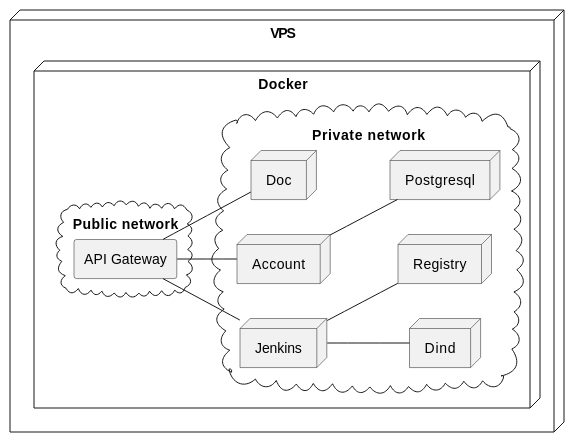
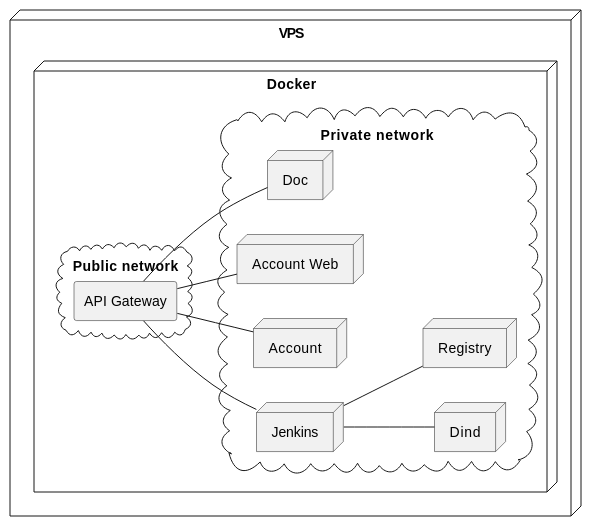
The diagram in doc-service/docs/arch.md (alvarengacarlos/Account-Hub), drawn with PlantUML before and after one commit. The commit also changed 2 other files, not shown here.

Commit message:
Updates documentation in doc service

````diff
--- a/doc-service/docs/arch.md
+++ b/doc-service/docs/arch.md
@@ -4,28 +4,28 @@
 ```kroki-plantuml no-transparency=false
 @startuml
 left to right direction
 
 node VPS {
     node Docker {
         cloud "Public network" {
             rectangle "API Gateway" as ag
         }
 
         cloud "Private network" {
             node Doc as doc
+            node "Account Web" as acc_web
             node Account as acc
-            node Postgresql as pg
             node Jenkins as j
             node Dind as d
             node Registry as r
         }
     }
 }
+ag -- acc_web
 ag -- acc
 ag -- doc
 ag -- j
 j -- d
 j -- r
-acc -- pg
 @enduml
 ```
````
